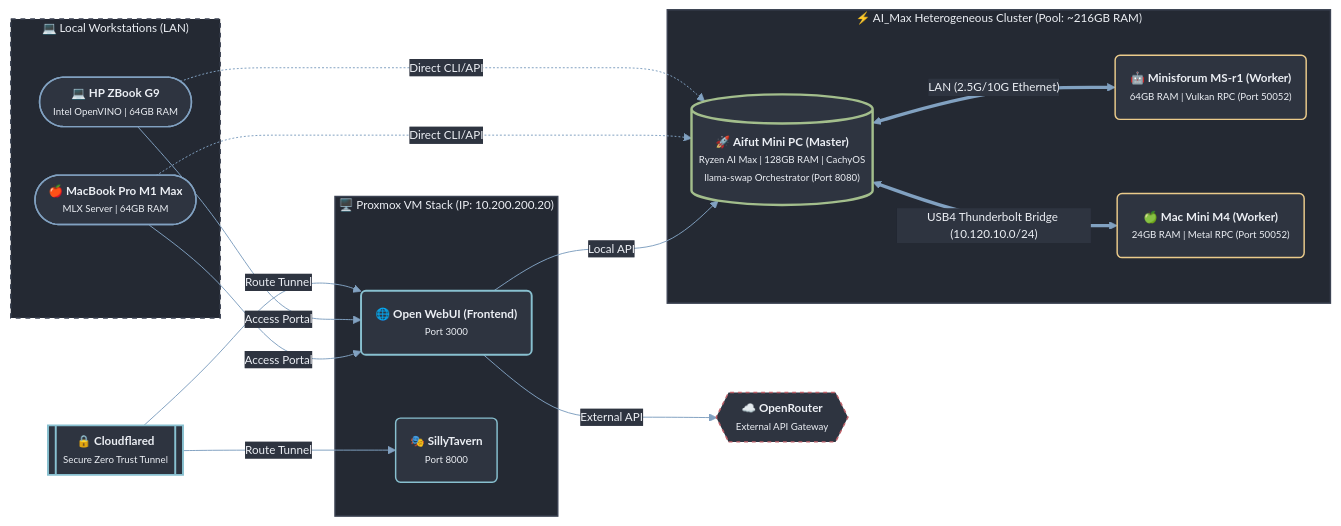
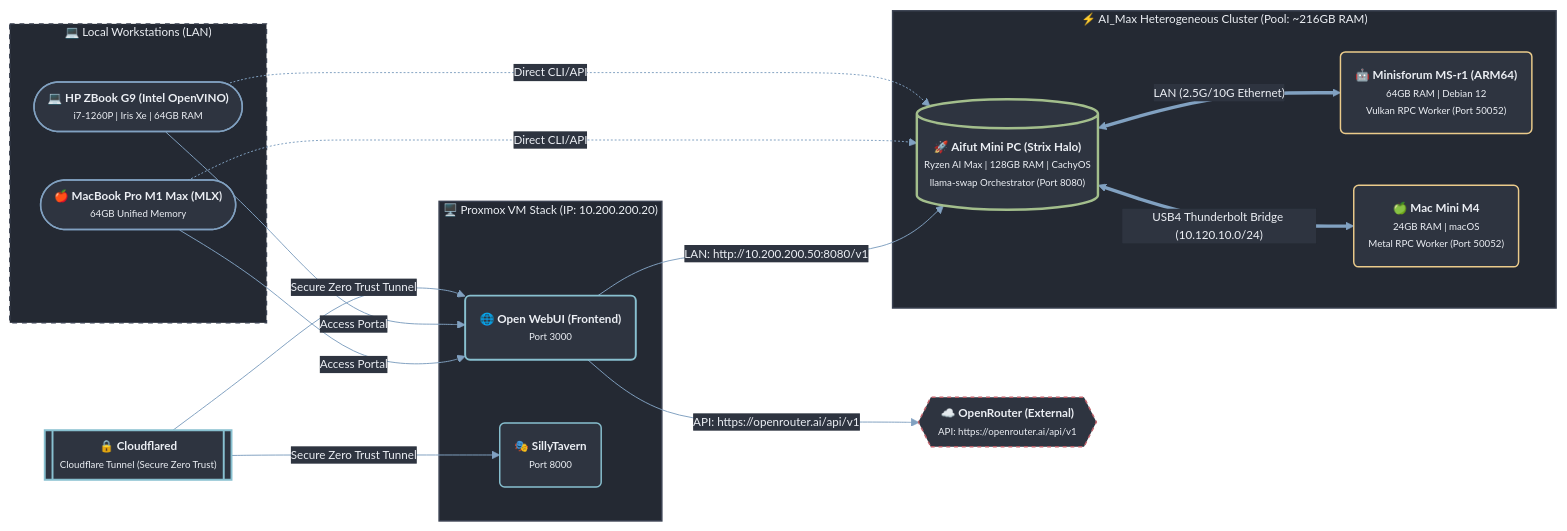
The diagram in README.md (CaseyTaylorLearningJourney/Codelab), drawn with Mermaid before and after one commit.

Commit message:
docs(readme): restore missing specs and URLs in topology diagram

````diff
--- a/README.md
+++ b/README.md
@@ -31,65 +31,65 @@
 ```mermaid
 %%{init: {
   'theme': 'base',
   'themeVariables': {
     'primaryColor': '#2e3440',
     'primaryTextColor': '#eceff4',
     'primaryBorderColor': '#4c566a',
     'lineColor': '#81a1c1',
     'secondaryColor': '#3b4252',
     'tertiaryColor': '#242933',
     'edgeLabelBackground': '#2e3440',
     'fontSize': '12px'
   }
 }}%%
 flowchart LR
     %% Remote Access / External
-    Cloudflared[["🔒 <b>Cloudflared</b><br><small>Secure Zero Trust Tunnel</small>"]]
-    OpenRouter{{"☁️ <b>OpenRouter</b><br><small>External API Gateway</small>"}}
+    Cloudflared[["🔒 <b>Cloudflared</b><br><small>Cloudflare Tunnel (Secure Zero Trust)</small>"]]
+    OpenRouter{{"☁️ <b>OpenRouter (External)</b><br><small>API: https://openrouter.ai/api/v1</small>"}}
 
     subgraph ClientSpace["💻 Local Workstations (LAN)"]
-        ZBook(["💻 <b>HP ZBook G9</b><br><small>Intel OpenVINO | 64GB RAM</small>"])
-        MacBook(["🍎 <b>MacBook Pro M1 Max</b><br><small>MLX Server | 64GB RAM</small>"])
+        ZBook(["💻 <b>HP ZBook G9 (Intel OpenVINO)</b><br><small>i7-1260P | Iris Xe | 64GB RAM</small>"])
+        MacBook(["🍎 <b>MacBook Pro M1 Max (MLX)</b><br><small>64GB Unified Memory</small>"])
     end
 
     subgraph Proxmox["🖥️ Proxmox VM Stack (IP: 10.200.200.20)"]
         OpenWebUI("🌐 <b>Open WebUI (Frontend)</b><br><small>Port 3000</small>")
         SillyTavern("🎭 <b>SillyTavern</b><br><small>Port 8000</small>")
     end
 
     subgraph Cluster["⚡ AI_Max Heterogeneous Cluster (Pool: ~216GB RAM)"]
-        Aifut[("🚀 <b>Aifut Mini PC (Master)</b><br><small>Ryzen AI Max | 128GB RAM | CachyOS<br>llama-swap Orchestrator (Port 8080)</small>")]
-        Minisforum("🤖 <b>Minisforum MS-r1 (Worker)</b><br><small>64GB RAM | Vulkan RPC (Port 50052)</small>")
-        MacMini("🍏 <b>Mac Mini M4 (Worker)</b><br><small>24GB RAM | Metal RPC (Port 50052)</small>")
+        Aifut[("🚀 <b>Aifut Mini PC (Strix Halo)</b><br><small>Ryzen AI Max | 128GB RAM | CachyOS<br>llama-swap Orchestrator (Port 8080)</small>")]
+        Minisforum("🤖 <b>Minisforum MS-r1 (ARM64)</b><br><small>64GB RAM | Debian 12<br>Vulkan RPC Worker (Port 50052)</small>")
+        MacMini("🍏 <b>Mac Mini M4</b><br><small>24GB RAM | macOS<br>Metal RPC Worker (Port 50052)</small>")
     end
 
     %% Connections & Flows
-    Cloudflared -->|Route Tunnel| OpenWebUI
-    Cloudflared -->|Route Tunnel| SillyTavern
+    Cloudflared -->|"Secure Zero Trust Tunnel"| OpenWebUI
+    Cloudflared -->|"Secure Zero Trust Tunnel"| SillyTavern
 
-    ZBook -->|Access Portal| OpenWebUI
-    MacBook -->|Access Portal| OpenWebUI
-    ZBook -.->|Direct CLI/API| Aifut
-    MacBook -.->|Direct CLI/API| Aifut
+    ZBook -->|"Access Portal"| OpenWebUI
+    MacBook -->|"Access Portal"| OpenWebUI
+    ZBook -.->|"Direct CLI/API"| Aifut
+    MacBook -.->|"Direct CLI/API"| Aifut
 
-    OpenWebUI -->|Local API| Aifut
-    OpenWebUI -->|External API| OpenRouter
+    OpenWebUI -->|"LAN: http://10.200.200.50:8080/v1"| Aifut
+    OpenWebUI -->|"API: https://openrouter.ai/api/v1"| OpenRouter
 
     Aifut <==>|"USB4 Thunderbolt Bridge (10.120.10.0/24)"| MacMini
     Aifut <==>|"LAN (2.5G/10G Ethernet)"| Minisforum
 
     %% Color Styling Customization (Nord Theme Palette)
     style ClientSpace fill:#242933,stroke:#3b4252,stroke-width:1.5px,stroke-dasharray: 5 5,color:#eceff4
     style Proxmox fill:#242933,stroke:#3b4252,stroke-width:1.5px,color:#eceff4
     style Cluster fill:#242933,stroke:#3b4252,stroke-width:1.5px,color:#eceff4
 
     style Cloudflared fill:#2e3440,stroke:#88c0d0,stroke-width:2px,color:#eceff4
     style ZBook fill:#2e3440,stroke:#81a1c1,stroke-width:1.5px,color:#eceff4
     style MacBook fill:#2e3440,stroke:#81a1c1,stroke-width:1.5px,color:#eceff4
     style OpenWebUI fill:#2e3440,stroke:#88c0d0,stroke-width:2px,color:#eceff4
     style SillyTavern fill:#2e3440,stroke:#88c0d0,stroke-width:1.5px,color:#eceff4
     style Aifut fill:#2e3440,stroke:#a3be8c,stroke-width:2.5px,color:#eceff4
     style Minisforum fill:#2e3440,stroke:#ebcb8b,stroke-width:1.5px,color:#eceff4
     style MacMini fill:#2e3440,stroke:#ebcb8b,stroke-width:1.5px,color:#eceff4
     style OpenRouter fill:#2e3440,stroke:#bf616a,stroke-width:1.5px,stroke-dasharray: 4 4,color:#eceff4
 ```
````
